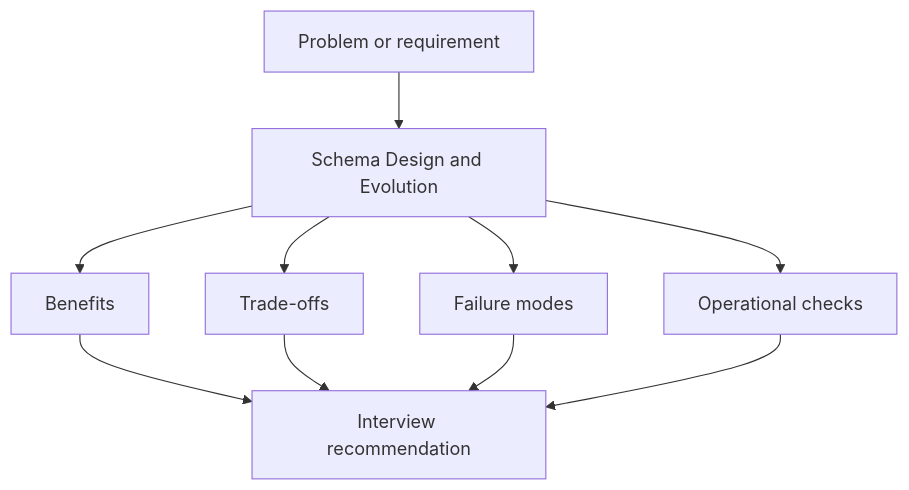
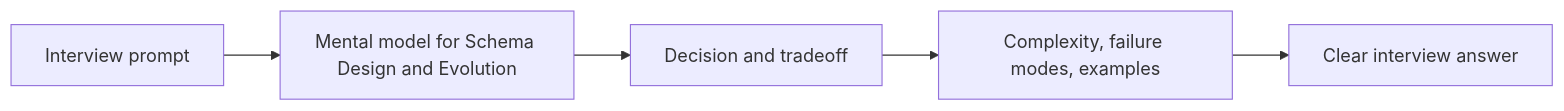
Before and after one commit to abstractinterviews/abstractinterviews.github.io: the diagram in components/databases/schema-design/index.md, drawn with Mermaid. The commit also changed other lines of this file and 278 other files, not shown here.

````diff
--- a/components/databases/schema-design/index.md
+++ b/components/databases/schema-design/index.md
@@ -108,12 +100,7 @@
-~~~mermaid
-flowchart TD
-    Problem["Problem or requirement"] --> Concept["Schema Design and Evolution"]
-    Concept --> Benefits["Benefits"]
-    Concept --> Tradeoffs["Trade-offs"]
-    Concept --> FailureModes["Failure modes"]
-    Concept --> Operations["Operational checks"]
-    Benefits --> Decision["Interview recommendation"]
-    Tradeoffs --> Decision
-    FailureModes --> Decision
-    Operations --> Decision
-~~~
+```mermaid
+flowchart LR
+    Problem["Interview prompt"] --> Model["Mental model for Schema Design and Evolution"]
+    Model --> Choice["Decision and tradeoff"]
+    Choice --> Evidence["Complexity, failure modes, examples"]
+    Evidence --> Answer["Clear interview answer"]
+```
````
